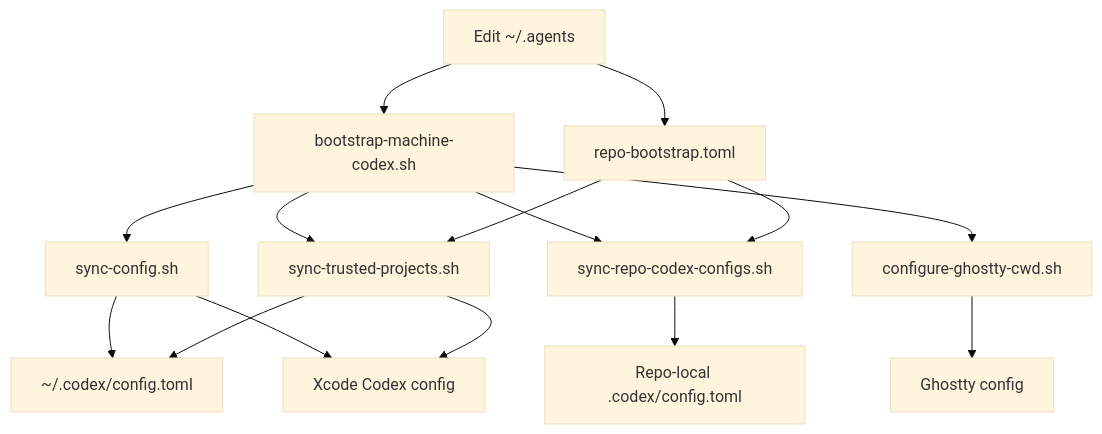
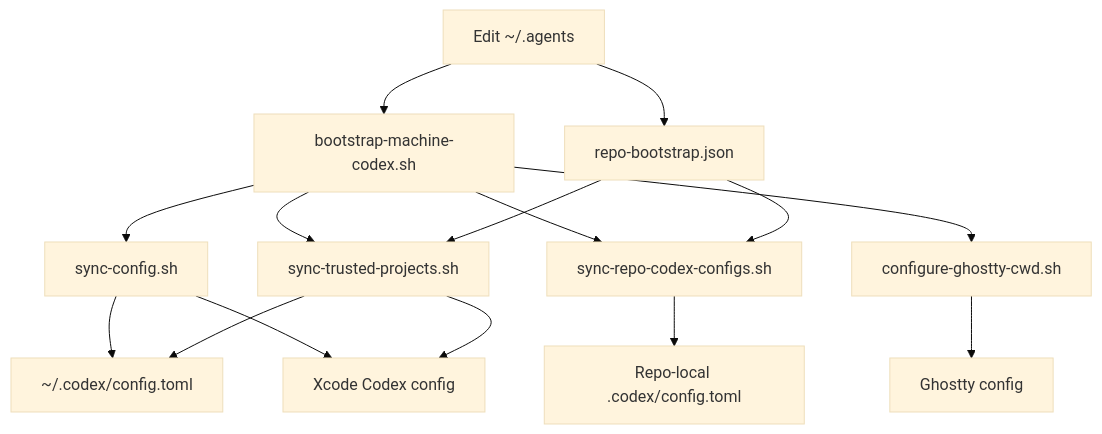
One commit to wisdom-in-a-nutshell/.agents changed the second of 3 diagrams in docs/architecture/codex-control-plane.md. Above: the diagram before and after it, drawn with Mermaid (base theme). The commit also changed other lines of this file and 45 other files, not shown here.

````diff
--- a/docs/architecture/codex-control-plane.md
+++ b/docs/architecture/codex-control-plane.md
@@ -30,17 +30,17 @@
 ```mermaid
 flowchart TD
     A[Edit ~/.agents] --> B[bootstrap-machine-codex.sh]
-    A --> R[repo-bootstrap.toml]
+    A --> R[repo-bootstrap.json]
     B --> C[sync-config.sh]
     B --> D[sync-trusted-projects.sh]
     B --> E[sync-repo-codex-configs.sh]
     B --> F[configure-ghostty-cwd.sh]
     C --> G[~/.codex/config.toml]
     C --> H[Xcode Codex config]
     R --> D
     R --> E
     D --> G
     D --> H
     E --> I[Repo-local .codex/config.toml]
     F --> J[Ghostty config]
 ```
````
